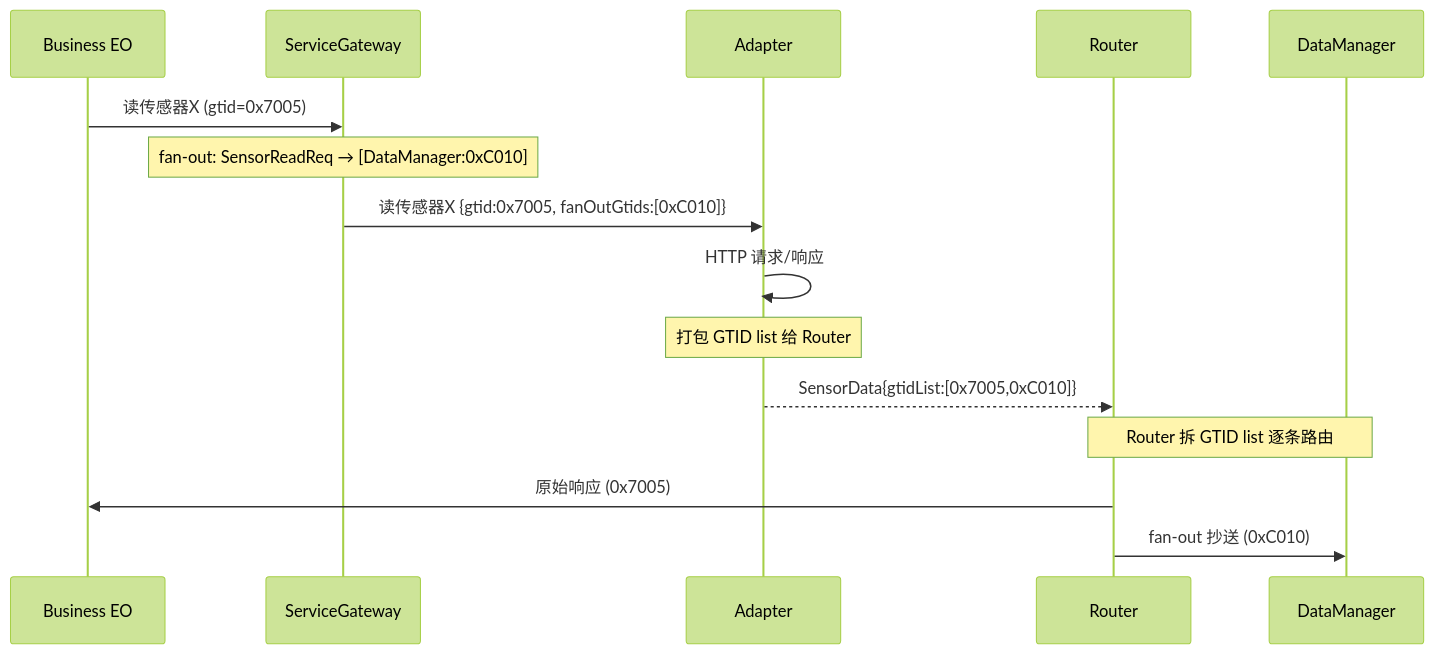
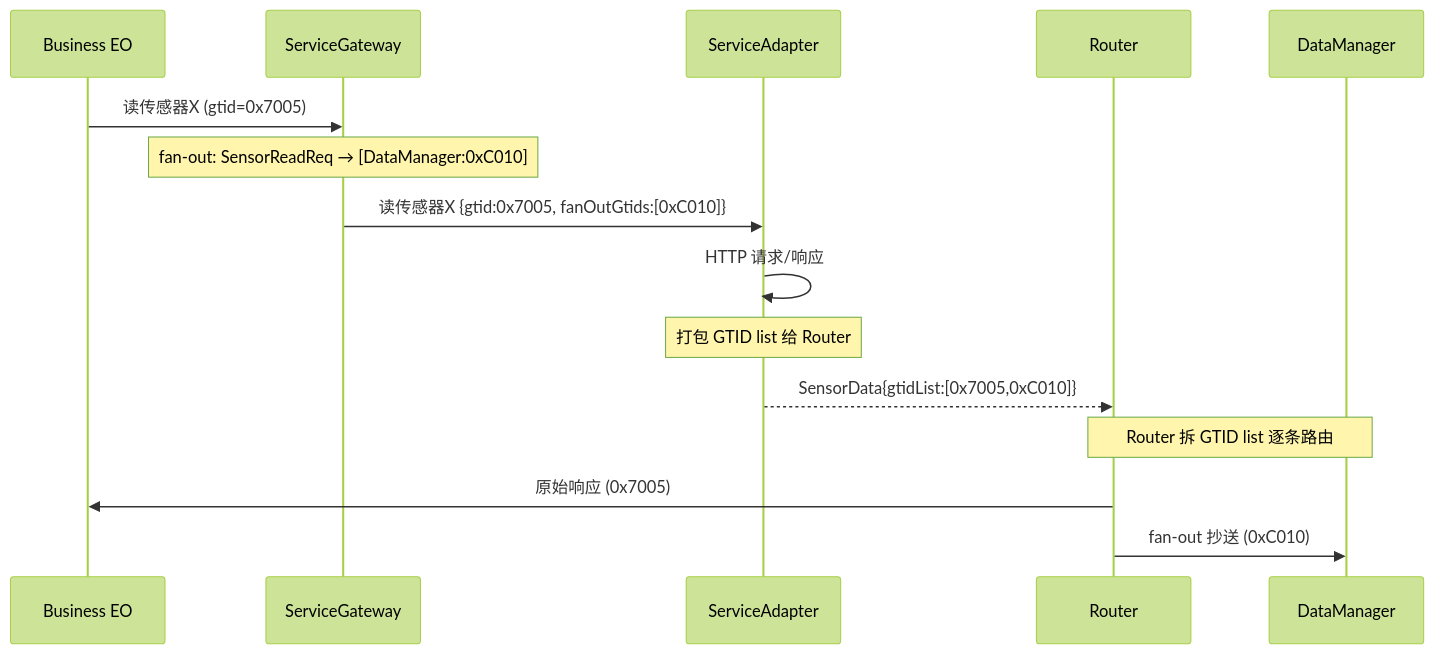
The diagram in docs/adr/0013-fan-out-gateway-embed.md (yun-qilong/flow_hub), drawn with Mermaid (forest theme) before and after one commit. The commit also changed other lines of this file and 13 other files, not shown here.

````diff
--- a/docs/adr/0013-fan-out-gateway-embed.md
+++ b/docs/adr/0013-fan-out-gateway-embed.md
@@ -46,18 +48,18 @@
 ```mermaid
 sequenceDiagram
     participant EO as Business EO
     participant SG as ServiceGateway
-    participant Ad as Adapter
+    participant Ad as ServiceAdapter
     participant R as Router
     participant DM as DataManager
 
     EO->>SG: 读传感器X (gtid=0x7005)
     Note over SG: fan-out: SensorReadReq → [DataManager:0xC010]
     SG->>Ad: 读传感器X {gtid:0x7005, fanOutGtids:[0xC010]}
     Ad->>Ad: HTTP 请求/响应
     Note over Ad: 打包 GTID list 给 Router
     Ad-->>R: SensorData{gtidList:[0x7005,0xC010]}
     Note over R,DM: Router 拆 GTID list 逐条路由
     R->>EO: 原始响应 (0x7005)
     R->>DM: fan-out 抄送 (0xC010)
 ```
````
